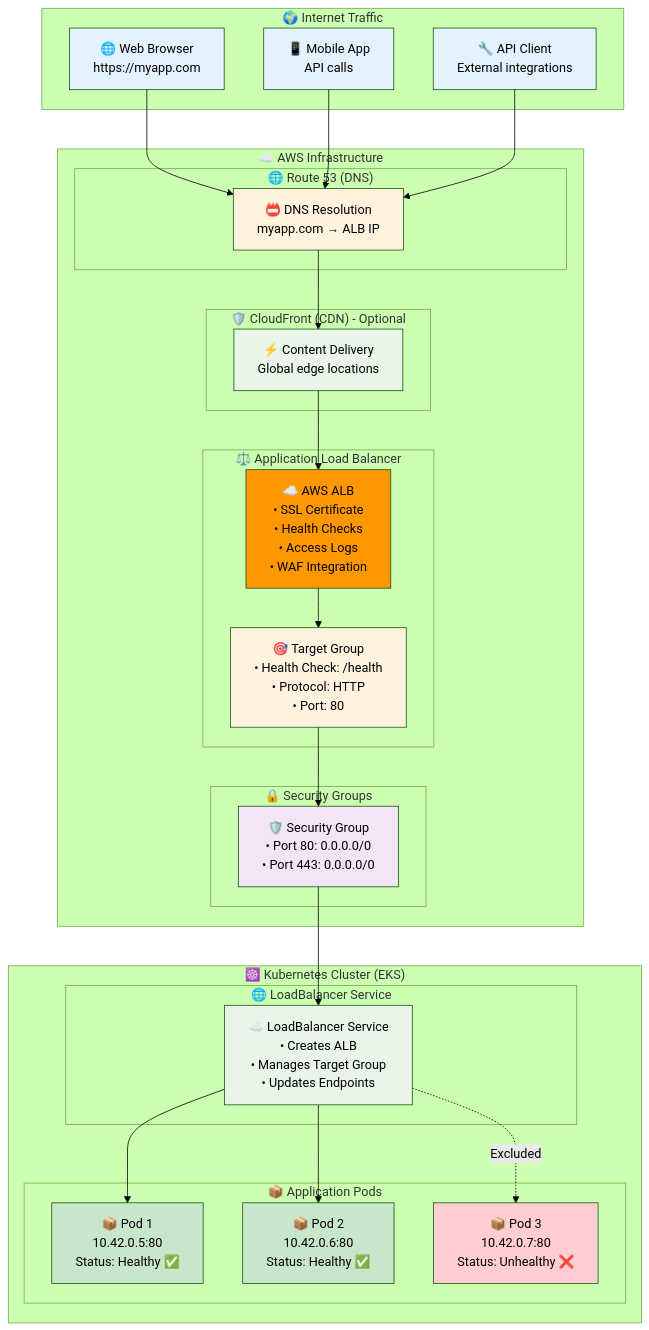
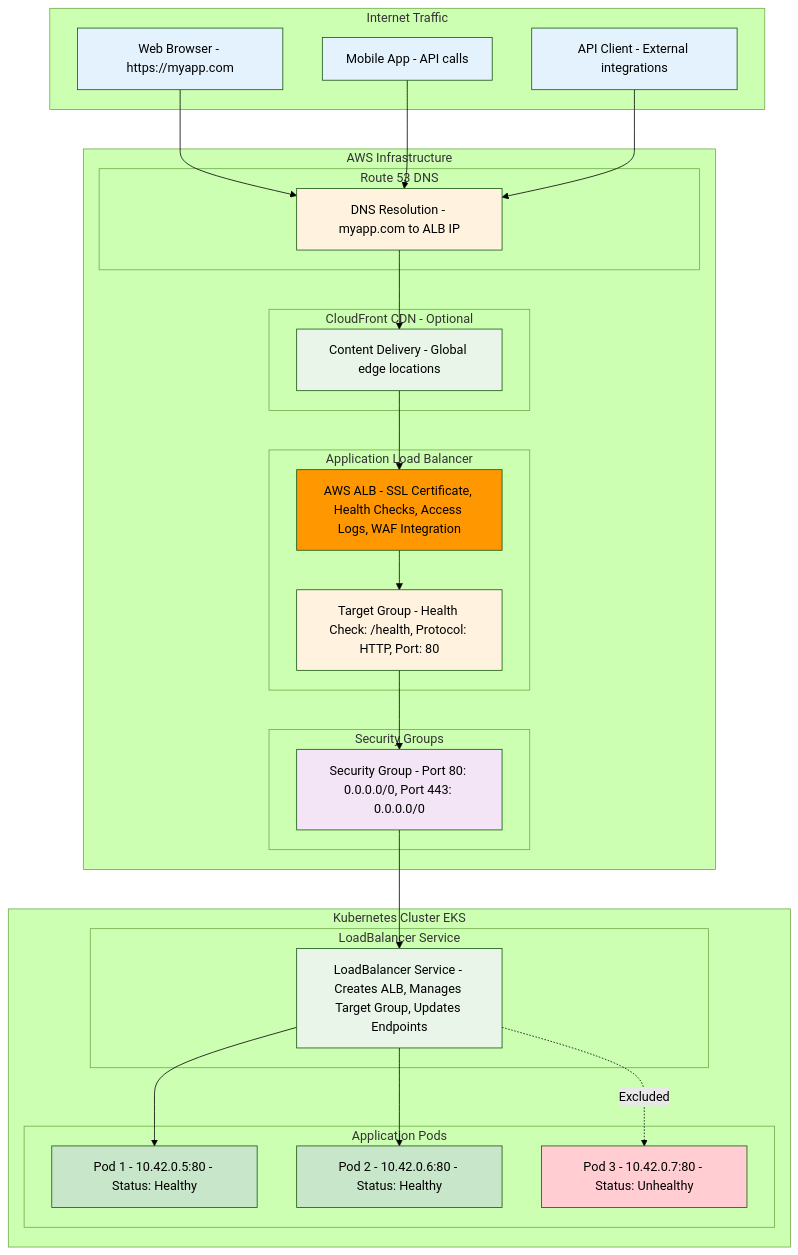
Before and after one commit to manikcloud/cloud-devops-learning-path: diagram 15 of 26 in Section-2-DevOps/Session-7_Kubernetes/04-services-networking/README.md, drawn with Mermaid (forest theme). The commit also changed other lines of this file, not shown here.

First line of the commit message:
Fix remaining mermaid diagram syntax errors - Part 2

````diff
--- a/Section-2-DevOps/Session-7_Kubernetes/04-services-networking/README.md
+++ b/Section-2-DevOps/Session-7_Kubernetes/04-services-networking/README.md
@@ -706,65 +706,65 @@
 ```mermaid
 graph TB
-    subgraph "🌍 Internet Traffic"
-        BROWSER[🌐 Web Browser<br/>https://myapp.com]
-        MOBILE[📱 Mobile App<br/>API calls]
-        API_CLIENT[🔧 API Client<br/>External integrations]
+    subgraph "Internet Traffic"
+        BROWSER[Web Browser - https://myapp.com]
+        MOBILE[Mobile App - API calls]
+        API_CLIENT[API Client - External integrations]
     end
     
-    subgraph "☁️ AWS Infrastructure"
-        subgraph "🌐 Route 53 (DNS)"
-            DNS[📛 DNS Resolution<br/>myapp.com → ALB IP]
+    subgraph "AWS Infrastructure"
+        subgraph "Route 53 DNS"
+            DNS[DNS Resolution - myapp.com to ALB IP]
         end
         
-        subgraph "🛡️ CloudFront (CDN) - Optional"
-            CDN[⚡ Content Delivery<br/>Global edge locations]
+        subgraph "CloudFront CDN - Optional"
+            CDN[Content Delivery - Global edge locations]
         end
         
-        subgraph "⚖️ Application Load Balancer"
-            ALB[☁️ AWS ALB<br/>• SSL Certificate<br/>• Health Checks<br/>• Access Logs<br/>• WAF Integration]
+        subgraph "Application Load Balancer"
+            ALB[AWS ALB - SSL Certificate, Health Checks, Access Logs, WAF Integration]
             
-            TARGET_GROUP[🎯 Target Group<br/>• Health Check: /health<br/>• Protocol: HTTP<br/>• Port: 80]
+            TARGET_GROUP[Target Group - Health Check: /health, Protocol: HTTP, Port: 80]
         end
         
-        subgraph "🔒 Security Groups"
-            SG[🛡️ Security Group<br/>• Port 80: 0.0.0.0/0<br/>• Port 443: 0.0.0.0/0]
+        subgraph "Security Groups"
+            SG[Security Group - Port 80: 0.0.0.0/0, Port 443: 0.0.0.0/0]
         end
     end
     
-    subgraph "☸️ Kubernetes Cluster (EKS)"
-        subgraph "🌐 LoadBalancer Service"
-            LB_SVC[☁️ LoadBalancer Service<br/>• Creates ALB<br/>• Manages Target Group<br/>• Updates Endpoints]
+    subgraph "Kubernetes Cluster EKS"
+        subgraph "LoadBalancer Service"
+            LB_SVC[LoadBalancer Service - Creates ALB, Manages Target Group, Updates Endpoints]
         end
         
-        subgraph "📦 Application Pods"
-            POD1[📦 Pod 1<br/>10.42.0.5:80<br/>Status: Healthy ✅]
-            POD2[📦 Pod 2<br/>10.42.0.6:80<br/>Status: Healthy ✅]
-            POD3[📦 Pod 3<br/>10.42.0.7:80<br/>Status: Unhealthy ❌]
+        subgraph "Application Pods"
+            POD1[Pod 1 - 10.42.0.5:80 - Status: Healthy]
+            POD2[Pod 2 - 10.42.0.6:80 - Status: Healthy]
+            POD3[Pod 3 - 10.42.0.7:80 - Status: Unhealthy]
         end
     end
     
     BROWSER --> DNS
     MOBILE --> DNS
     API_CLIENT --> DNS
     DNS --> CDN
     CDN --> ALB
     ALB --> TARGET_GROUP
     TARGET_GROUP --> SG
     SG --> LB_SVC
     LB_SVC --> POD1
     LB_SVC --> POD2
     LB_SVC -.->|Excluded| POD3
     
     style BROWSER fill:#e3f2fd
     style MOBILE fill:#e3f2fd
     style API_CLIENT fill:#e3f2fd
     style DNS fill:#fff3e0
     style CDN fill:#e8f5e8
     style ALB fill:#ff9800
     style TARGET_GROUP fill:#fff3e0
     style SG fill:#f3e5f5
     style LB_SVC fill:#e8f5e8
     style POD1 fill:#c8e6c9
     style POD2 fill:#c8e6c9
     style POD3 fill:#ffcdd2
 ```
````
